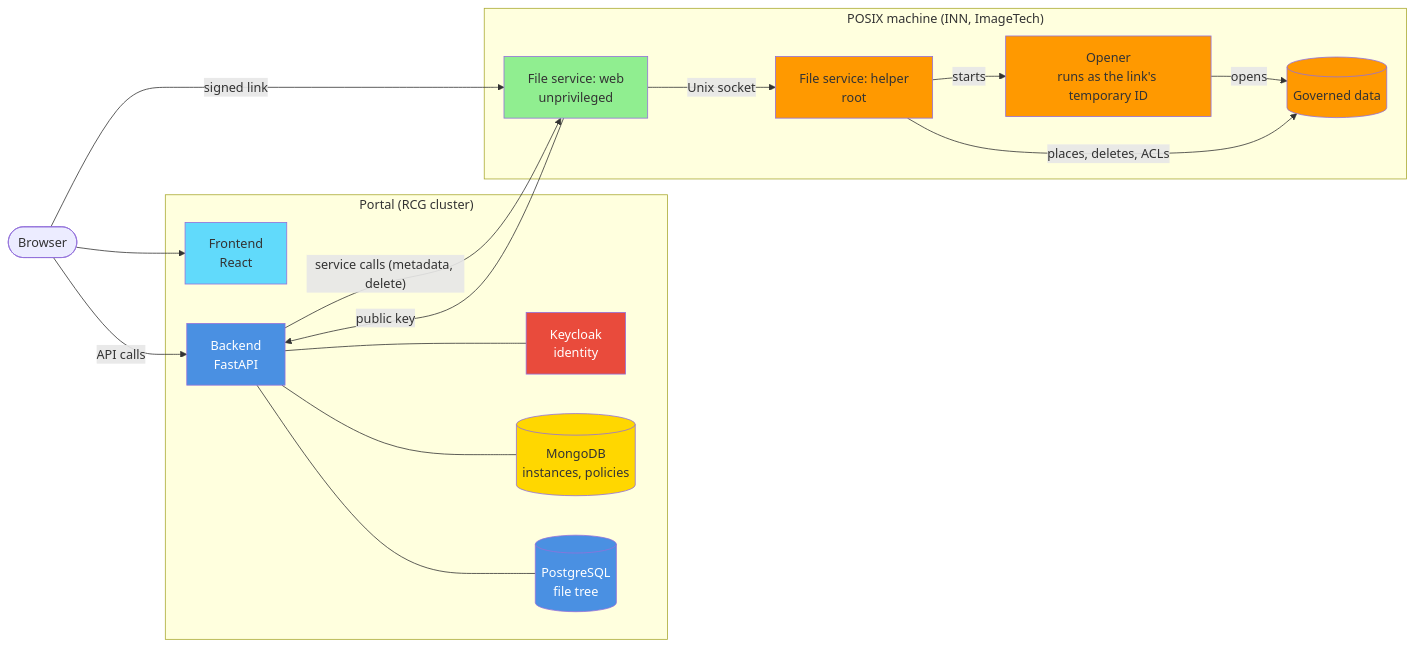
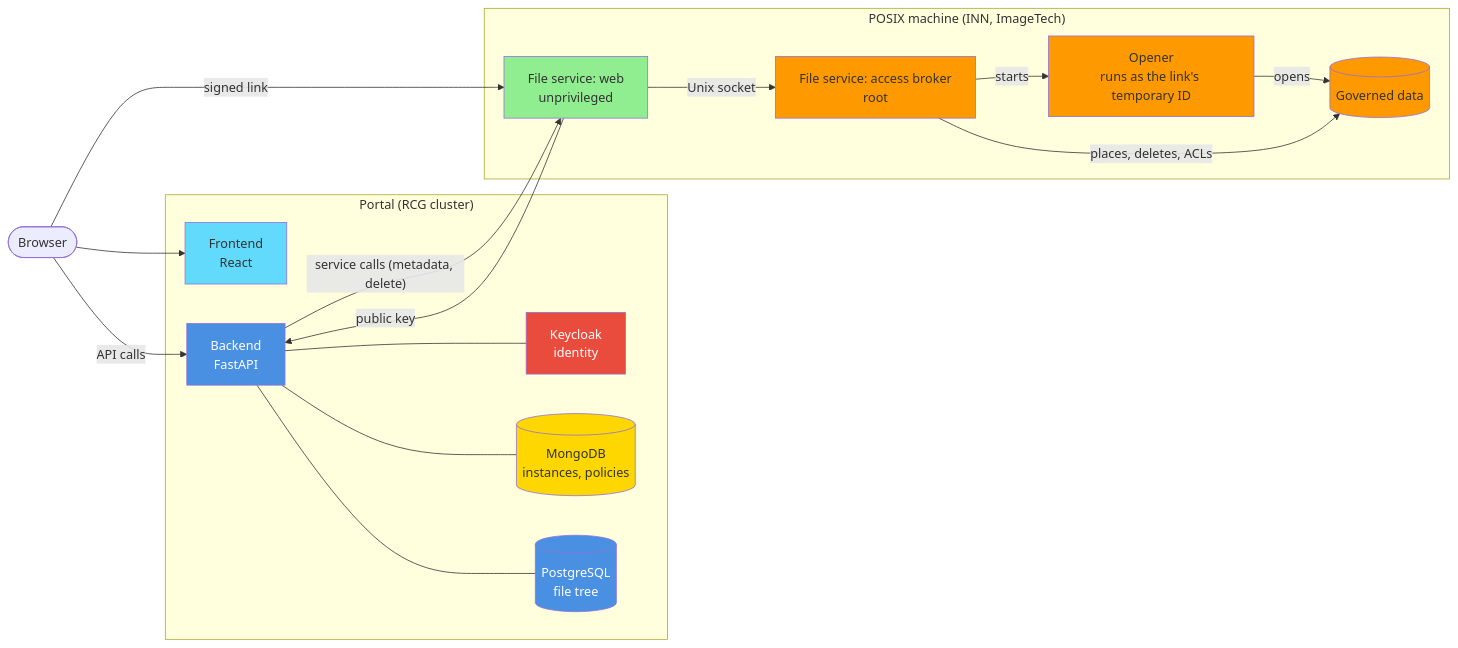
The first of 3 diagrams in docs/diagrams/posix-components.md (pmahon3/Data-Portal), drawn with Mermaid before and after one commit. The commit also changed other lines of this file and 30 other files, not shown here.

First line of the commit message:
refactor(posix): name the modes for who reads the files; the helper is the access broker

````diff
--- a/docs/diagrams/posix-components.md
+++ b/docs/diagrams/posix-components.md
@@ -14,42 +14,42 @@
 ```mermaid
 flowchart LR
     browser(["Browser"])
 
     subgraph portal["Portal (RCG cluster)"]
         frontend["Frontend<br/>React"]
         backend["Backend<br/>FastAPI"]
         keycloak["Keycloak<br/>identity"]
         mongo[("MongoDB<br/>instances, policies")]
         postgres[("PostgreSQL<br/>file tree")]
     end
 
     subgraph machine["POSIX machine (INN, ImageTech)"]
         web["File service: web<br/>unprivileged"]
-        helper["File service: helper<br/>root"]
+        broker["File service: access broker<br/>root"]
         opener["Opener<br/>runs as the link's temporary ID"]
         data[("Governed data")]
     end
 
     browser --> frontend
     browser -- "API calls" --> backend
     browser -- "signed link" --> web
     backend -- "service calls (metadata, delete)" --> web
     web -- "public key" --> backend
     backend --- keycloak
     backend --- mongo
     backend --- postgres
-    web -- "Unix socket" --> helper
-    helper -- "starts" --> opener
+    web -- "Unix socket" --> broker
+    broker -- "starts" --> opener
     opener -- "opens" --> data
-    helper -- "places, deletes, ACLs" --> data
+    broker -- "places, deletes, ACLs" --> data
 
     style frontend fill:#61DAFB
     style backend fill:#4A90E2,color:#fff
     style keycloak fill:#E94B3C,color:#fff
     style mongo fill:#FFD700
     style postgres fill:#4A90E2,color:#fff
     style web fill:#90EE90
-    style helper fill:#FF9900
+    style broker fill:#FF9900
     style opener fill:#FF9900
     style data fill:#FF9900
 ```
````
